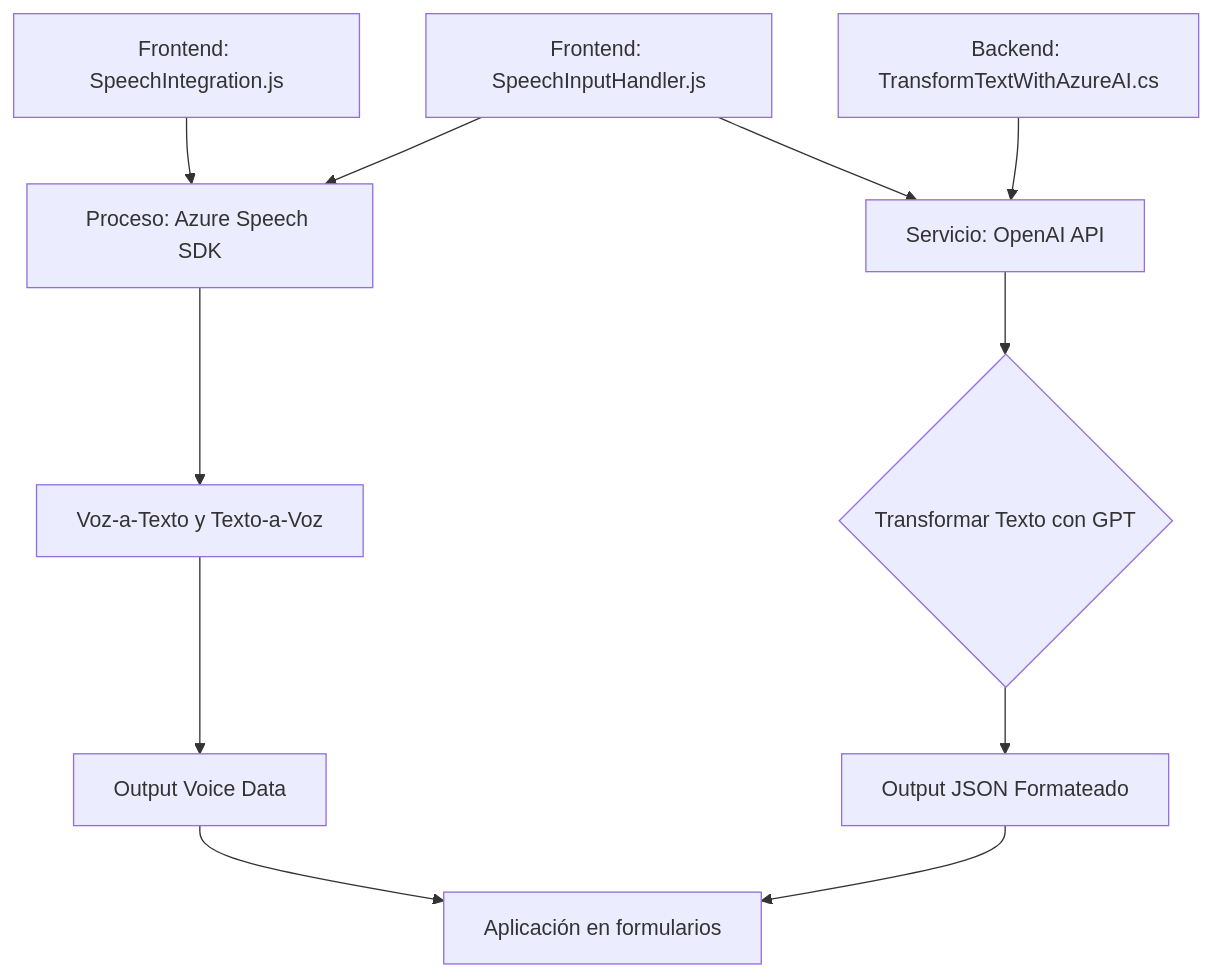
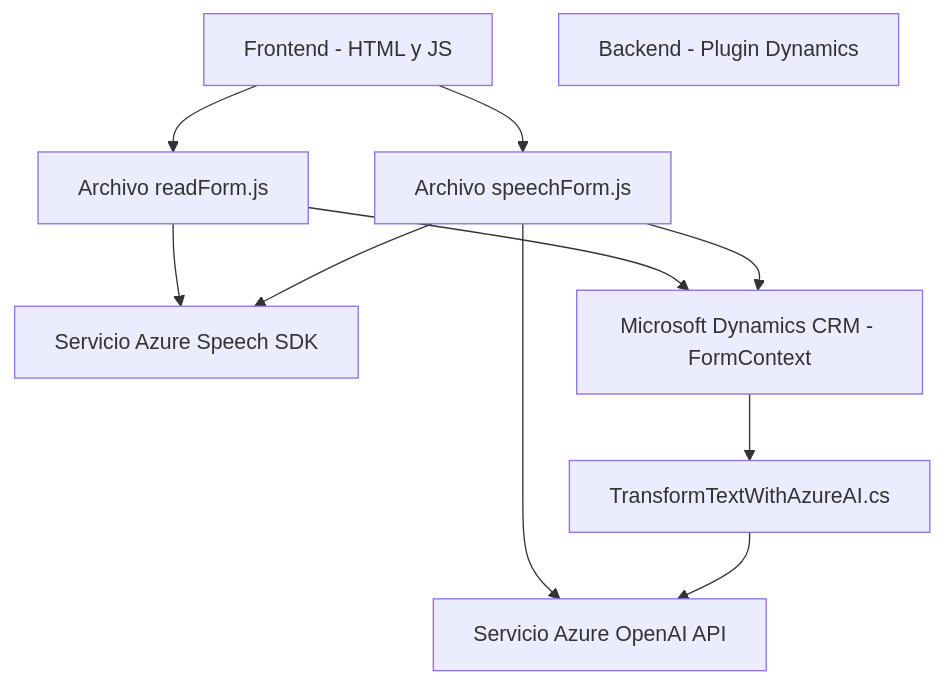
One commit to blopezdm/NETCORE_BILBAO2025 changed the diagram in README.md. Above: the diagram before and after it, drawn with Mermaid. The commit also changed other lines of this file, not shown here.

Commit message:
Actualizar análisis global de la solución con IA

````diff
--- a/README.md
+++ b/README.md
@@ -31,19 +46,21 @@
 ```mermaid
 graph TD
-    A["Frontend: SpeechIntegration.js"]
-    B["Frontend: SpeechInputHandler.js"]
-    C["Backend: TransformTextWithAzureAI.cs"]
-    D["Proceso: Azure Speech SDK"]
-    E["Servicio: OpenAI API"]
+    A["Frontend - HTML y JS"]
+    B["Archivo readForm.js"]
+    C["Archivo speechForm.js"]
+    D["Backend - Plugin Dynamics"]
+    E["TransformTextWithAzureAI.cs"]
+    F["Servicio Azure Speech SDK"]
+    G["Servicio Azure OpenAI API"]
+    H["Microsoft Dynamics CRM - FormContext"]
 
-    A --> D
-    B --> D
-    B --> E
-    C --> E
-    D --> F["Voz-a-Texto y Texto-a-Voz"]
-    E --> G{"Transformar Texto con GPT"}
-    F --> H["Output Voice Data"]
-    G --> I["Output JSON Formateado"]
-    H --> J["Aplicación en formularios"]
-    I --> J
+    A --> B
+    A --> C
+    B --> F
+    B --> H
+    C --> F
+    C --> G
+    C --> H
+    H --> E
+    E --> G
 ```
````
